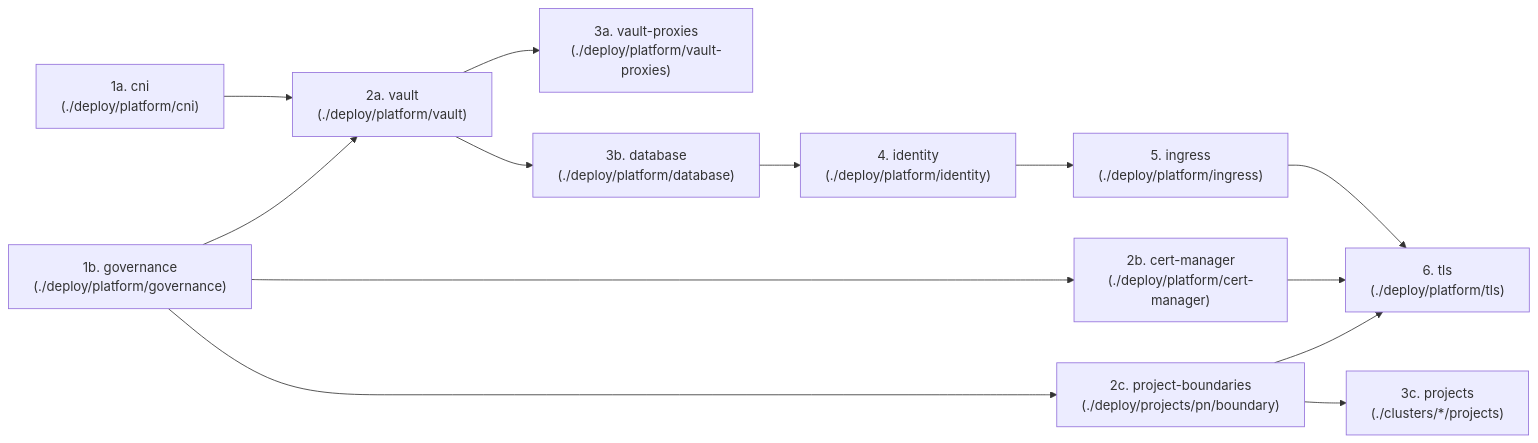
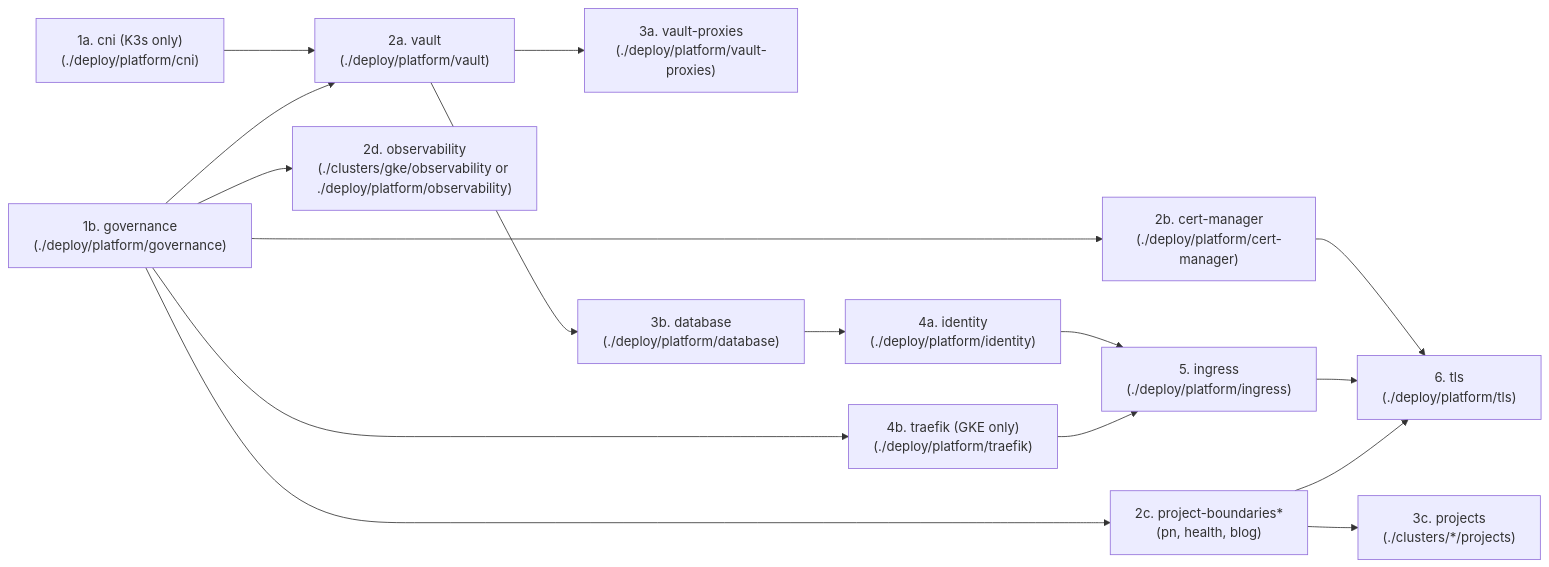
One commit to nacfson/nacfson_pipeline changed the second of 3 diagrams in ARCHITECTURE.md. Above: the diagram before and after it, drawn with Mermaid. The commit also changed other lines of this file and 77 other files, not shown here.

````diff
--- a/ARCHITECTURE.md
+++ b/ARCHITECTURE.md
@@ -66,27 +75,32 @@
 ```mermaid
 flowchart LR
-    CNI["1a. cni<br/>(./deploy/platform/cni)"]
+    CNI["1a. cni (K3s only)<br/>(./deploy/platform/cni)"]
     Gov["1b. governance<br/>(./deploy/platform/governance)"]
     Vault["2a. vault<br/>(./deploy/platform/vault)"]
     CertMgr["2b. cert-manager<br/>(./deploy/platform/cert-manager)"]
-    ProjBound["2c. project-boundaries<br/>(./deploy/projects/pn/boundary)"]
+    ProjBound["2c. project-boundaries*<br/>(pn, health, blog)"]
+    Obs["2d. observability<br/>(./clusters/gke/observability or ./deploy/platform/observability)"]
     VProxies["3a. vault-proxies<br/>(./deploy/platform/vault-proxies)"]
     DB["3b. database<br/>(./deploy/platform/database)"]
     Projects["3c. projects<br/>(./clusters/*/projects)"]
-    Identity["4. identity<br/>(./deploy/platform/identity)"]
+    Identity["4a. identity<br/>(./deploy/platform/identity)"]
+    TraefikLayer["4b. traefik (GKE only)<br/>(./deploy/platform/traefik)"]
     Ingress["5. ingress<br/>(./deploy/platform/ingress)"]
     TLS["6. tls<br/>(./deploy/platform/tls)"]
 
     CNI --> Vault
     Gov --> Vault
     Gov --> CertMgr
     Gov --> ProjBound
+    Gov --> Obs
     Vault --> VProxies
     Vault --> DB
     DB --> Identity
+    Gov --> TraefikLayer
     Identity --> Ingress
+    TraefikLayer --> Ingress
     CertMgr --> TLS
     Ingress --> TLS
     ProjBound --> TLS
     ProjBound --> Projects
 ```
````
